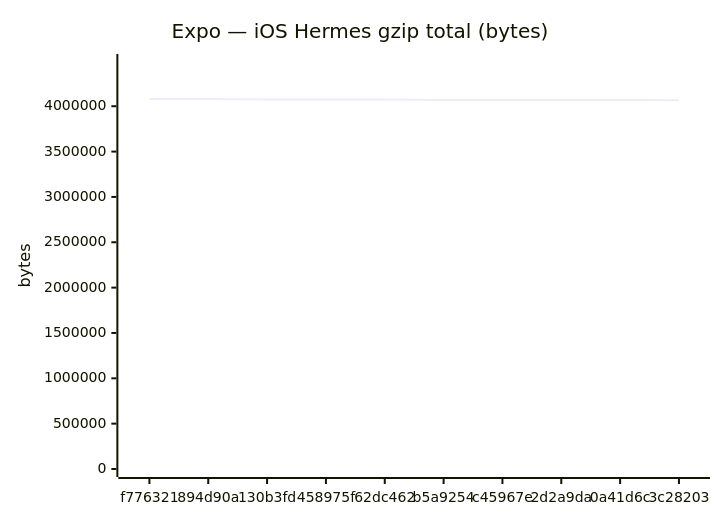
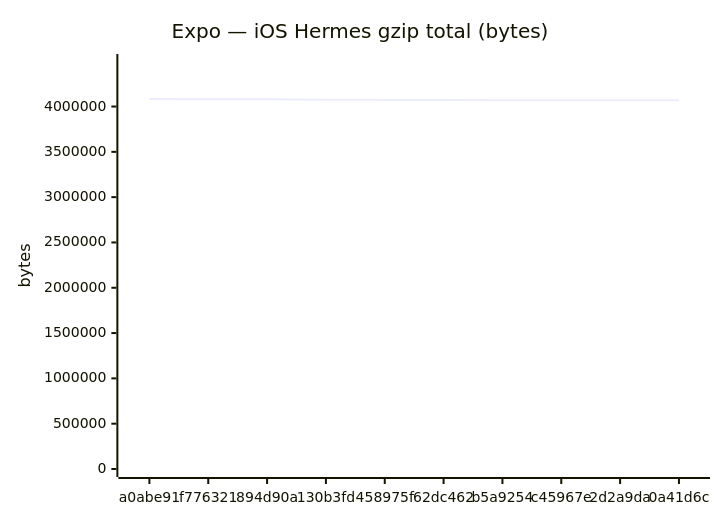
One commit to Metaheurist/Rianell changed the sixth of 18 diagrams in benchmarks/compare.md. Above: the diagram before and after it, drawn with Mermaid. The commit also changed other lines of this file and 11 other files, not shown here.

````diff
--- a/benchmarks/compare.md
+++ b/benchmarks/compare.md
@@ -96,7 +96,7 @@
 ```mermaid
 xychart-beta
     title "Expo — iOS Hermes gzip total (bytes)"
-    x-axis ["f776321", "894d90a", "130b3fd", "458975f", "62dc462", "b5a9254", "c45967e", "2d2a9da", "0a41d6c", "3c28203"]
-    y-axis "bytes" 0 --> 4487643
-    line [4079675, 4079243, 4074172, 4073443, 4073443, 4069109, 4069113, 4069106, 4069107, 4065403]
+    x-axis ["a0abe91", "f776321", "894d90a", "130b3fd", "458975f", "62dc462", "b5a9254", "c45967e", "2d2a9da", "0a41d6c"]
+    y-axis "bytes" 0 --> 4491418
+    line [4083107, 4079675, 4079243, 4074172, 4073443, 4073443, 4069109, 4069113, 4069106, 4069107]
 ```
````
